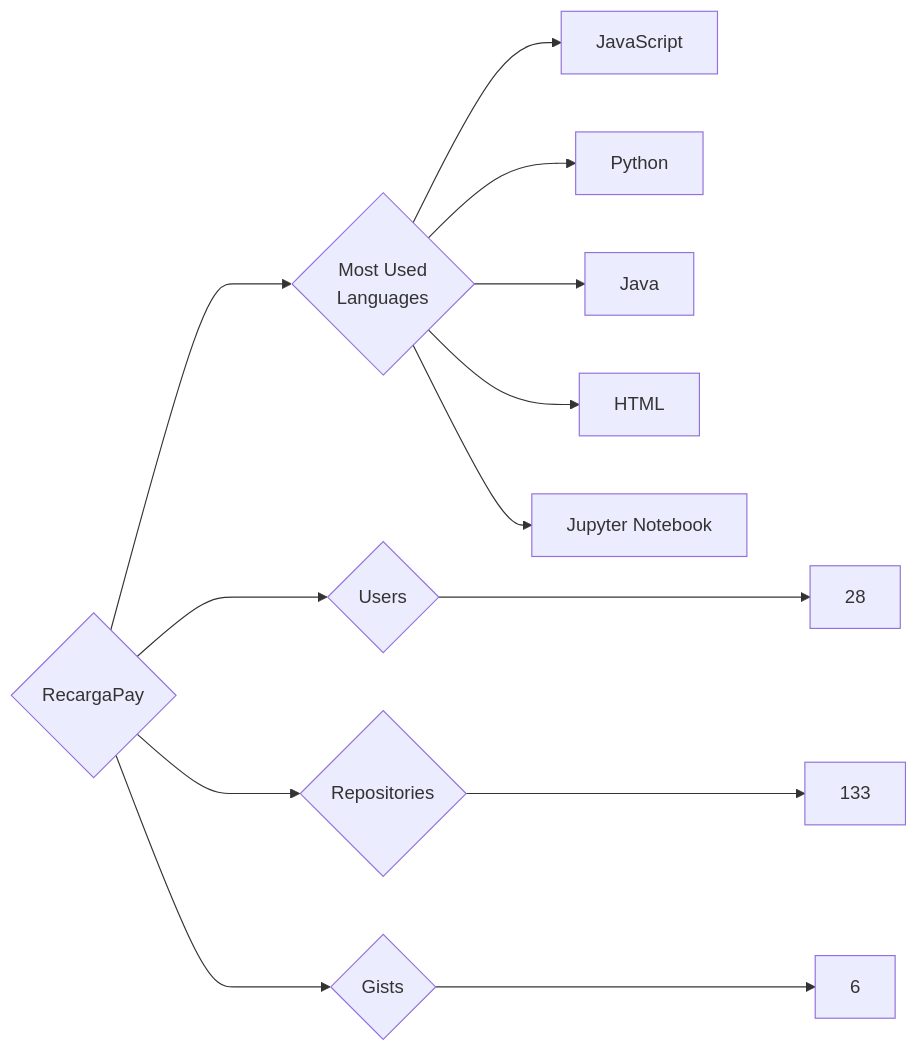
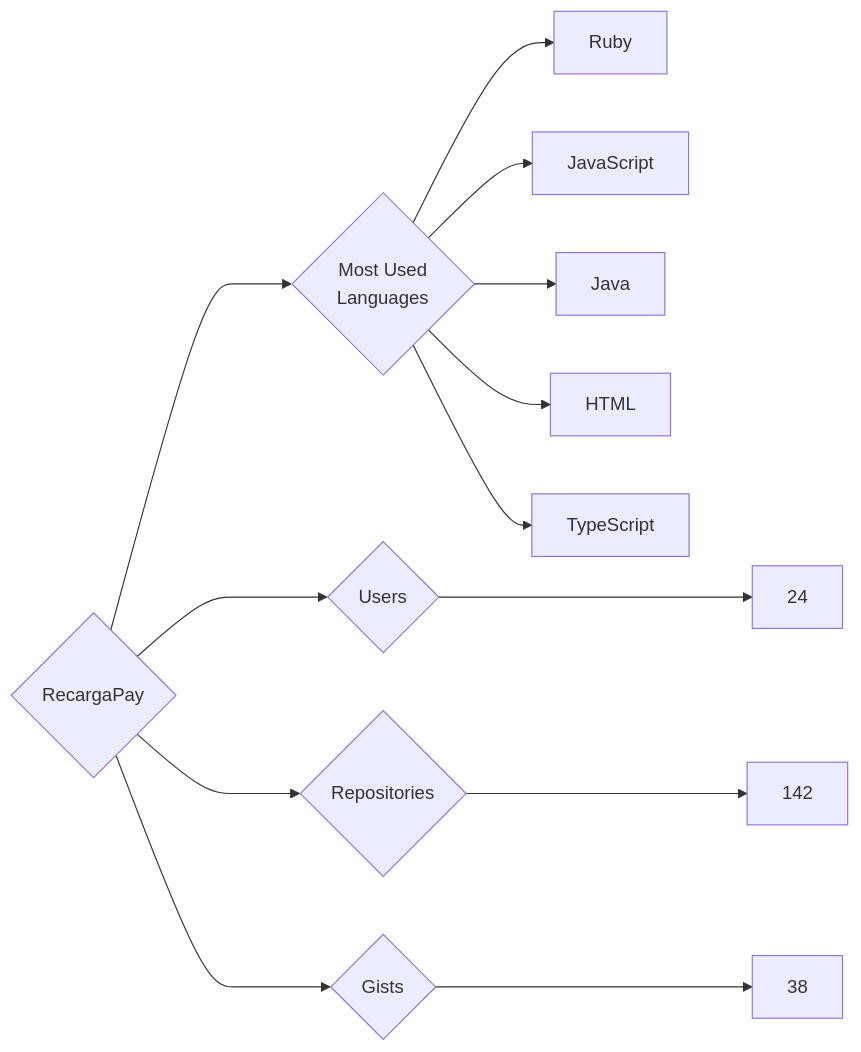
One commit to trickest/insiders changed the diagram in targets/RecargaPay/README.md. Above: the diagram before and after it, drawn with Mermaid. The commit also changed 728 other files, not shown here.

````diff
--- a/targets/RecargaPay/README.md
+++ b/targets/RecargaPay/README.md
@@ -3,13 +3,13 @@
 ```mermaid
 graph LR
 COMPANY_NAME{RecargaPay}
-COMPANY_NAME ---> U{Users} ---> UN[28]
-COMPANY_NAME ---> R{Repositories} ---> RN[133]
-COMPANY_NAME ---> G{Gists} ---> GN[6]
+COMPANY_NAME ---> U{Users} ---> UN[24]
+COMPANY_NAME ---> R{Repositories} ---> RN[142]
+COMPANY_NAME ---> G{Gists} ---> GN[38]
 COMPANY_NAME ---> ML{Most Used<br>Languages}
+ML --> Ruby[Ruby]
 ML --> JavaScript[JavaScript]
-ML --> Python[Python]
 ML --> Java[Java]
 ML --> HTML[HTML]
-ML --> Jupyter_Notebook[Jupyter Notebook]
+ML --> TypeScript[TypeScript]
 ```
````
